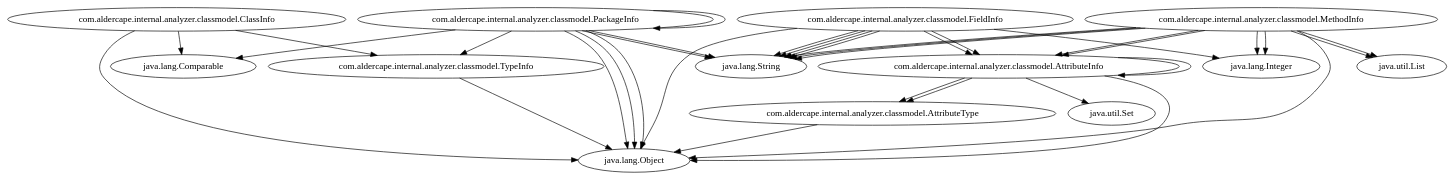
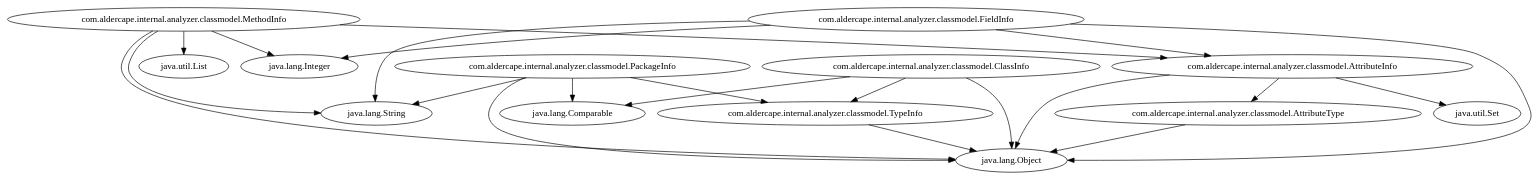
Before and after one commit to AlderCape/Analyzer: the diagram in com.aldercape.internal.analyzer.classmodel.dot, drawn with Graphviz. The commit also changed 21 other files, not shown here.

```diff
--- a/com.aldercape.internal.analyzer.classmodel.dot
+++ b/com.aldercape.internal.analyzer.classmodel.dot
@@ -1,45 +1,30 @@
 digraph G {
 "com.aldercape.internal.analyzer.classmodel.AttributeInfo" [label="com.aldercape.internal.analyzer.classmodel.AttributeInfo"];
 "com.aldercape.internal.analyzer.classmodel.AttributeType" [label="com.aldercape.internal.analyzer.classmodel.AttributeType"];
 "com.aldercape.internal.analyzer.classmodel.ClassInfo" [label="com.aldercape.internal.analyzer.classmodel.ClassInfo"];
 "com.aldercape.internal.analyzer.classmodel.FieldInfo" [label="com.aldercape.internal.analyzer.classmodel.FieldInfo"];
 "com.aldercape.internal.analyzer.classmodel.MethodInfo" [label="com.aldercape.internal.analyzer.classmodel.MethodInfo"];
 "com.aldercape.internal.analyzer.classmodel.PackageInfo" [label="com.aldercape.internal.analyzer.classmodel.PackageInfo"];
 "com.aldercape.internal.analyzer.classmodel.TypeInfo" [label="com.aldercape.internal.analyzer.classmodel.TypeInfo"];
+"com.aldercape.internal.analyzer.classmodel.AttributeInfo" -> "java.lang.Object";
 "com.aldercape.internal.analyzer.classmodel.AttributeInfo" -> "com.aldercape.internal.analyzer.classmodel.AttributeType";
-"com.aldercape.internal.analyzer.classmodel.AttributeInfo" -> "com.aldercape.internal.analyzer.classmodel.AttributeType";
-"com.aldercape.internal.analyzer.classmodel.AttributeInfo" -> "java.lang.Object";
-"com.aldercape.internal.analyzer.classmodel.AttributeInfo" -> "com.aldercape.internal.analyzer.classmodel.AttributeInfo";
 "com.aldercape.internal.analyzer.classmodel.AttributeInfo" -> "java.util.Set";
 "com.aldercape.internal.analyzer.classmodel.AttributeType" -> "java.lang.Object";
+"com.aldercape.internal.analyzer.classmodel.ClassInfo" -> "java.lang.Comparable";
 "com.aldercape.internal.analyzer.classmodel.ClassInfo" -> "java.lang.Object";
-"com.aldercape.internal.analyzer.classmodel.ClassInfo" -> "java.lang.Comparable";
 "com.aldercape.internal.analyzer.classmodel.ClassInfo" -> "com.aldercape.internal.analyzer.classmodel.TypeInfo";
+"com.aldercape.internal.analyzer.classmodel.FieldInfo" -> "java.lang.Object";
 "com.aldercape.internal.analyzer.classmodel.FieldInfo" -> "com.aldercape.internal.analyzer.classmodel.AttributeInfo";
+"com.aldercape.internal.analyzer.classmodel.FieldInfo" -> "java.lang.Integer";
 "com.aldercape.internal.analyzer.classmodel.FieldInfo" -> "java.lang.String";
-"com.aldercape.internal.analyzer.classmodel.FieldInfo" -> "java.lang.Integer";
-"com.aldercape.internal.analyzer.classmodel.FieldInfo" -> "com.aldercape.internal.analyzer.classmodel.AttributeInfo";
-"com.aldercape.internal.analyzer.classmodel.FieldInfo" -> "java.lang.String";
-"com.aldercape.internal.analyzer.classmodel.FieldInfo" -> "java.lang.String";
-"com.aldercape.internal.analyzer.classmodel.FieldInfo" -> "java.lang.String";
-"com.aldercape.internal.analyzer.classmodel.FieldInfo" -> "java.lang.Object";
-"com.aldercape.internal.analyzer.classmodel.MethodInfo" -> "com.aldercape.internal.analyzer.classmodel.AttributeInfo";
-"com.aldercape.internal.analyzer.classmodel.MethodInfo" -> "java.lang.String";
-"com.aldercape.internal.analyzer.classmodel.MethodInfo" -> "java.lang.Integer";
-"com.aldercape.internal.analyzer.classmodel.MethodInfo" -> "java.lang.Integer";
-"com.aldercape.internal.analyzer.classmodel.MethodInfo" -> "java.lang.String";
-"com.aldercape.internal.analyzer.classmodel.MethodInfo" -> "java.util.List";
 "com.aldercape.internal.analyzer.classmodel.MethodInfo" -> "java.lang.Object";
 "com.aldercape.internal.analyzer.classmodel.MethodInfo" -> "java.util.List";
 "com.aldercape.internal.analyzer.classmodel.MethodInfo" -> "com.aldercape.internal.analyzer.classmodel.AttributeInfo";
+"com.aldercape.internal.analyzer.classmodel.MethodInfo" -> "java.lang.Integer";
 "com.aldercape.internal.analyzer.classmodel.MethodInfo" -> "java.lang.String";
-"com.aldercape.internal.analyzer.classmodel.PackageInfo" -> "java.lang.Object";
 "com.aldercape.internal.analyzer.classmodel.PackageInfo" -> "java.lang.Comparable";
 "com.aldercape.internal.analyzer.classmodel.PackageInfo" -> "java.lang.Object";
 "com.aldercape.internal.analyzer.classmodel.PackageInfo" -> "java.lang.String";
-"com.aldercape.internal.analyzer.classmodel.PackageInfo" -> "java.lang.String";
 "com.aldercape.internal.analyzer.classmodel.PackageInfo" -> "com.aldercape.internal.analyzer.classmodel.TypeInfo";
-"com.aldercape.internal.analyzer.classmodel.PackageInfo" -> "java.lang.Object";
-"com.aldercape.internal.analyzer.classmodel.PackageInfo" -> "com.aldercape.internal.analyzer.classmodel.PackageInfo";
 "com.aldercape.internal.analyzer.classmodel.TypeInfo" -> "java.lang.Object";
 }
```
